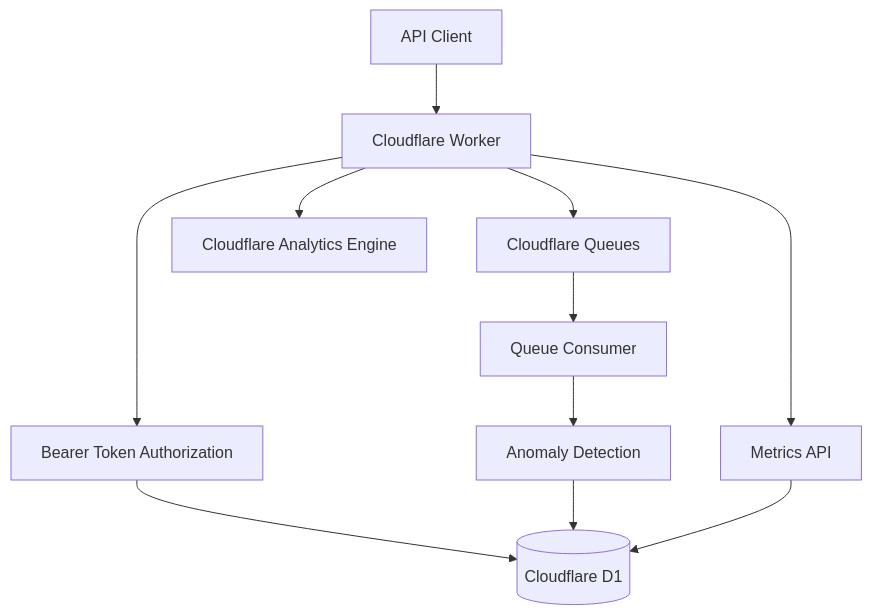
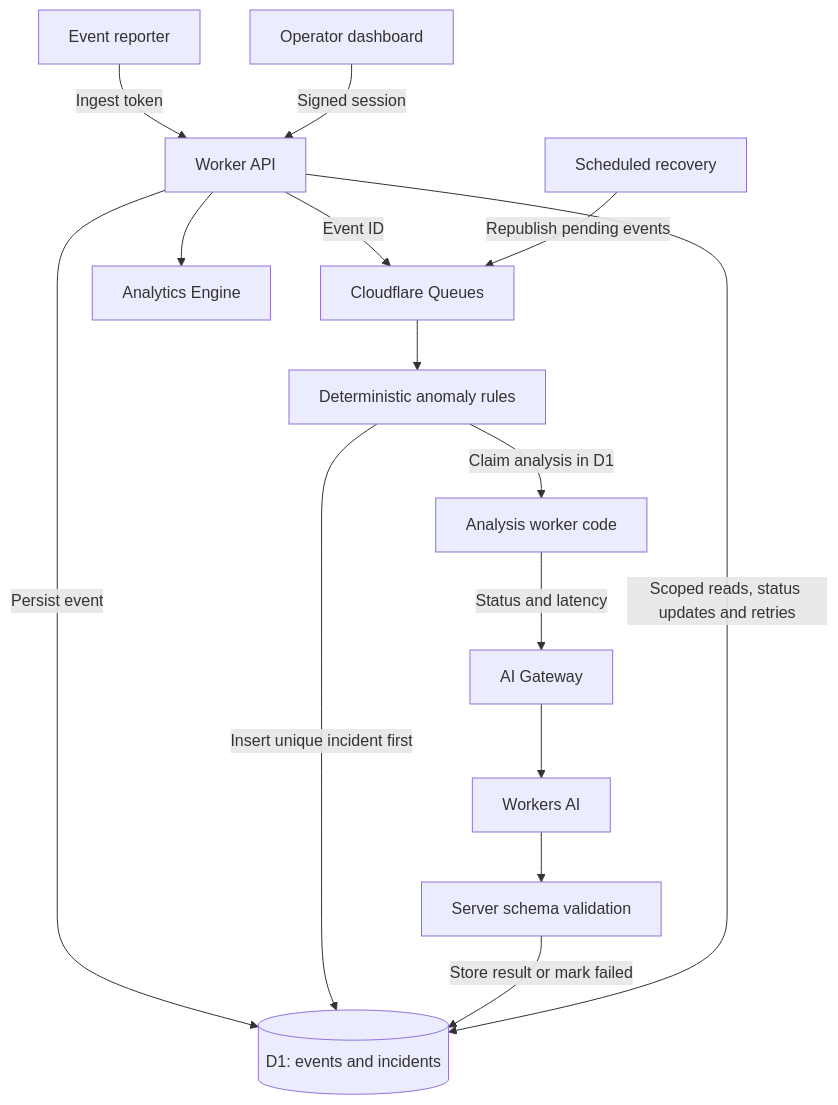
One commit to joaorodrigues0764/edgeguard changed the diagram in README.md. Above: the diagram before and after it, drawn with Mermaid. The commit also changed other lines of this file and 6 other files, not shown here.

Commit message:
Document the architecture and add an isolated synthetic portfolio demo

````diff
--- a/README.md
+++ b/README.md
@@ -24,13 +41,17 @@
 ```mermaid
 flowchart TD
-    Client[API Client] --> Worker[Cloudflare Worker]
-    Worker --> Auth[Bearer Token Authorization]
-    Auth --> D1[(Cloudflare D1)]
-    Worker --> Queue[Cloudflare Queues]
-    Queue --> Consumer[Queue Consumer]
-    Consumer --> Detect[Anomaly Detection]
-    Detect --> D1
-    Worker --> Analytics[Cloudflare Analytics Engine]
-    Worker --> Metrics[Metrics API]
-    Metrics --> D1
+    Client[Event reporter] -->|Ingest token| Worker[Worker API]
+    Worker -->|Persist event| D1[(D1: events and incidents)]
+    Worker -->|Event ID| Queue[Cloudflare Queues]
+    Cron[Scheduled recovery] -->|Republish pending events| Queue
+    Queue --> Rules[Deterministic anomaly rules]
+    Rules -->|Insert unique incident first| D1
+    Rules -->|Claim analysis in D1| Analysis[Analysis worker code]
+    Analysis -->|Status and latency| Gateway[AI Gateway]
+    Gateway --> Model[Workers AI]
+    Model --> Validate[Server schema validation]
+    Validate -->|Store result or mark failed| D1
+    Browser[Operator dashboard] -->|Signed session| Worker
+    Worker -->|Scoped reads, status updates and retries| D1
+    Worker --> Analytics[Analytics Engine]
 ```
````
